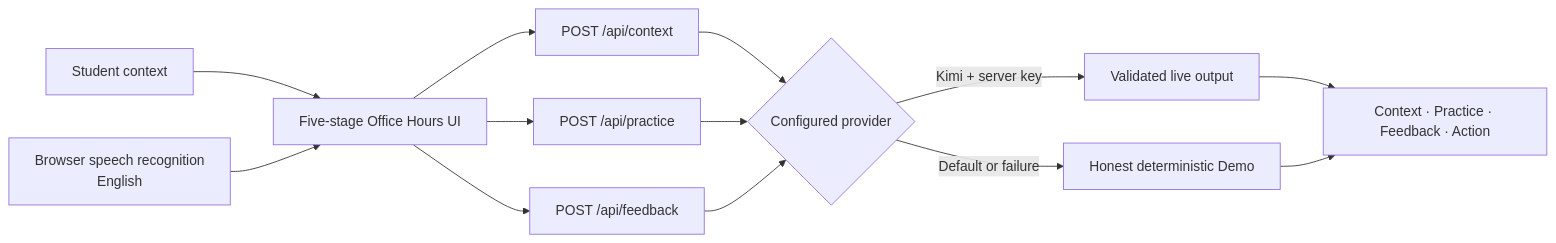
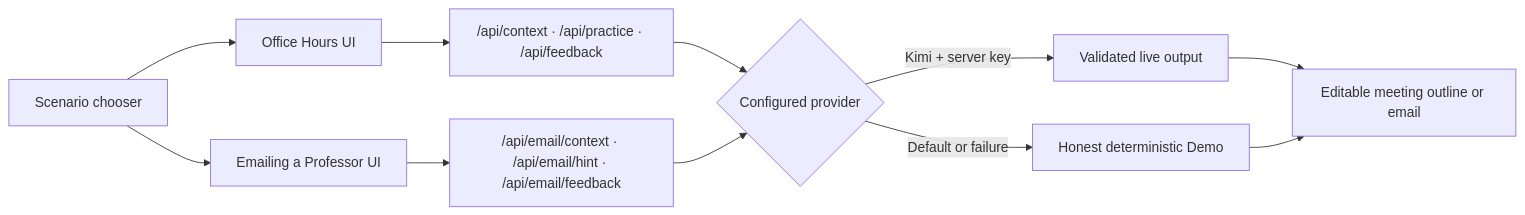
One commit to zhoulinhua0-star/campus-decoder changed the diagram in README.md. Above: the diagram before and after it, drawn with Mermaid. The commit also changed other lines of this file and 25 other files, not shown here.

````diff
--- a/README.md
+++ b/README.md
@@ -91,15 +98,13 @@
 ```mermaid
 flowchart LR
-    A["Student context"] --> B["Five-stage Office Hours UI"]
-    V["Browser speech recognition\nEnglish"] --> B
-    B --> C["POST /api/context"]
-    B --> P["POST /api/practice"]
-    B --> F["POST /api/feedback"]
-    C --> S
-    P --> S{"Configured provider"}
-    F --> S
-    S -- "Kimi + server key" --> K["Validated live output"]
-    S -- "Default or failure" --> D["Honest deterministic Demo"]
-    K --> O["Context · Practice · Feedback · Action"]
-    D --> O
+    S["Scenario chooser"] --> O["Office Hours UI"]
+    S --> E["Emailing a Professor UI"]
+    O --> OA["/api/context · /api/practice · /api/feedback"]
+    E --> EA["/api/email/context · /api/email/hint · /api/email/feedback"]
+    OA --> P{"Configured provider"}
+    EA --> P
+    P -- "Kimi + server key" --> K["Validated live output"]
+    P -- "Default or failure" --> D["Honest deterministic Demo"]
+    K --> A["Editable meeting outline or email"]
+    D --> A
 ```
````
